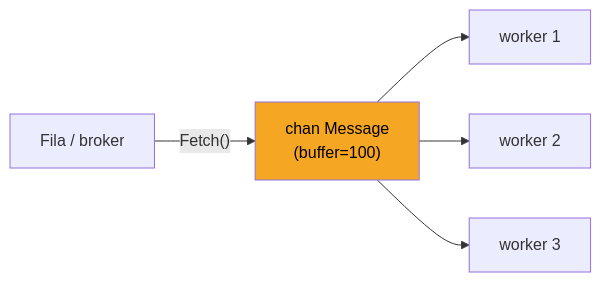
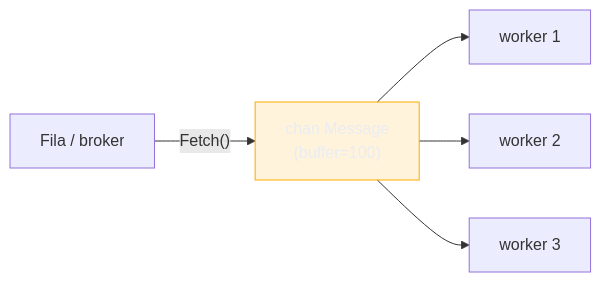
Before and after one commit to josenaldo/codex-technomanticus: the fourth of 4 diagrams in 03-Dominios/Tecnologia/Go/13 - Mensageria/06 - Retry, DLQ e backpressure.md, drawn with Mermaid. The commit also changed other lines of this file and 1181 other files, not shown here.

First line of the commit message:
fix(diagramas): paleta do sistema no lugar de cor cravada no markdown

````diff
--- a/03-Dominios/Tecnologia/Go/13 - Mensageria/06 - Retry, DLQ e backpressure.md
+++ b/03-Dominios/Tecnologia/Go/13 - Mensageria/06 - Retry, DLQ e backpressure.md
@@ -256,9 +258,10 @@
 ```mermaid
 flowchart LR
+    classDef destaque fill:#FFAA0024,stroke:#FFAA00,color:#E9ECF2
     Q["Fila / broker"] -->|"Fetch()"| CH["chan Message\n(buffer=100)"]
     CH --> W1["worker 1"]
     CH --> W2["worker 2"]
     CH --> W3["worker 3"]
 
-    style CH fill:#F5A623,color:#000
+    class CH destaque
 ```
````
